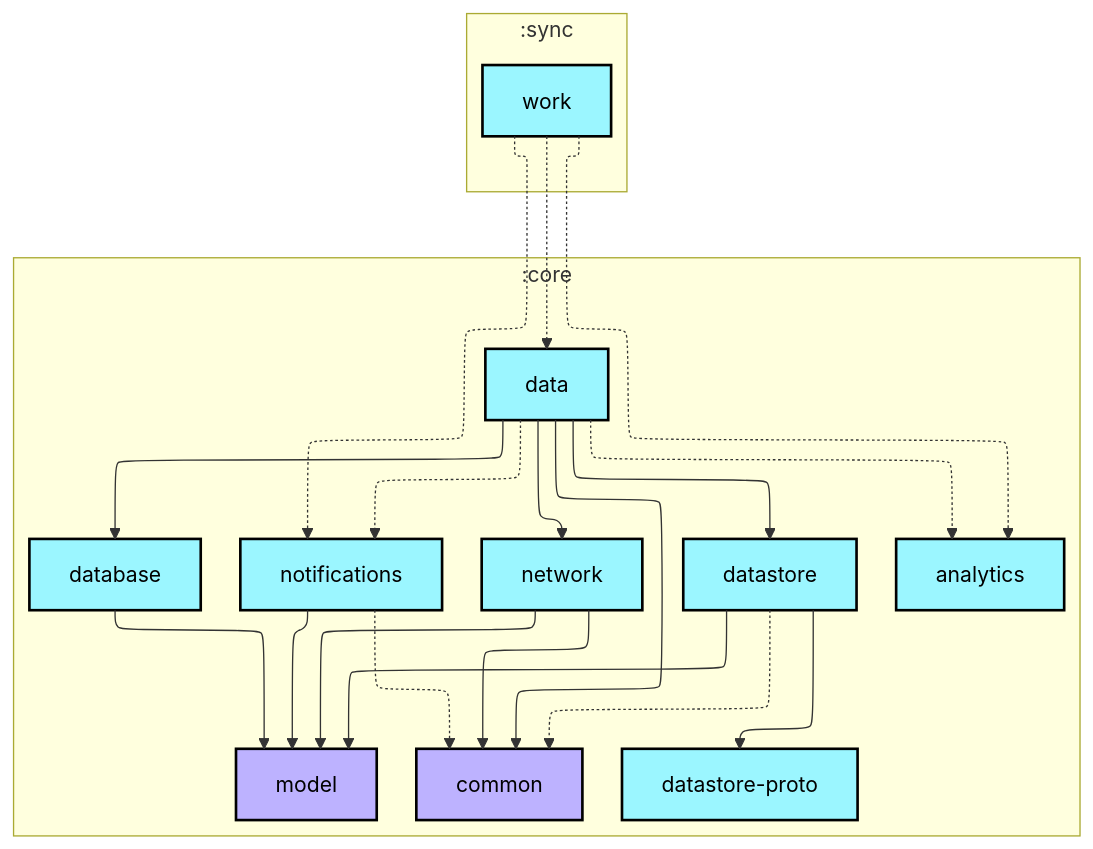
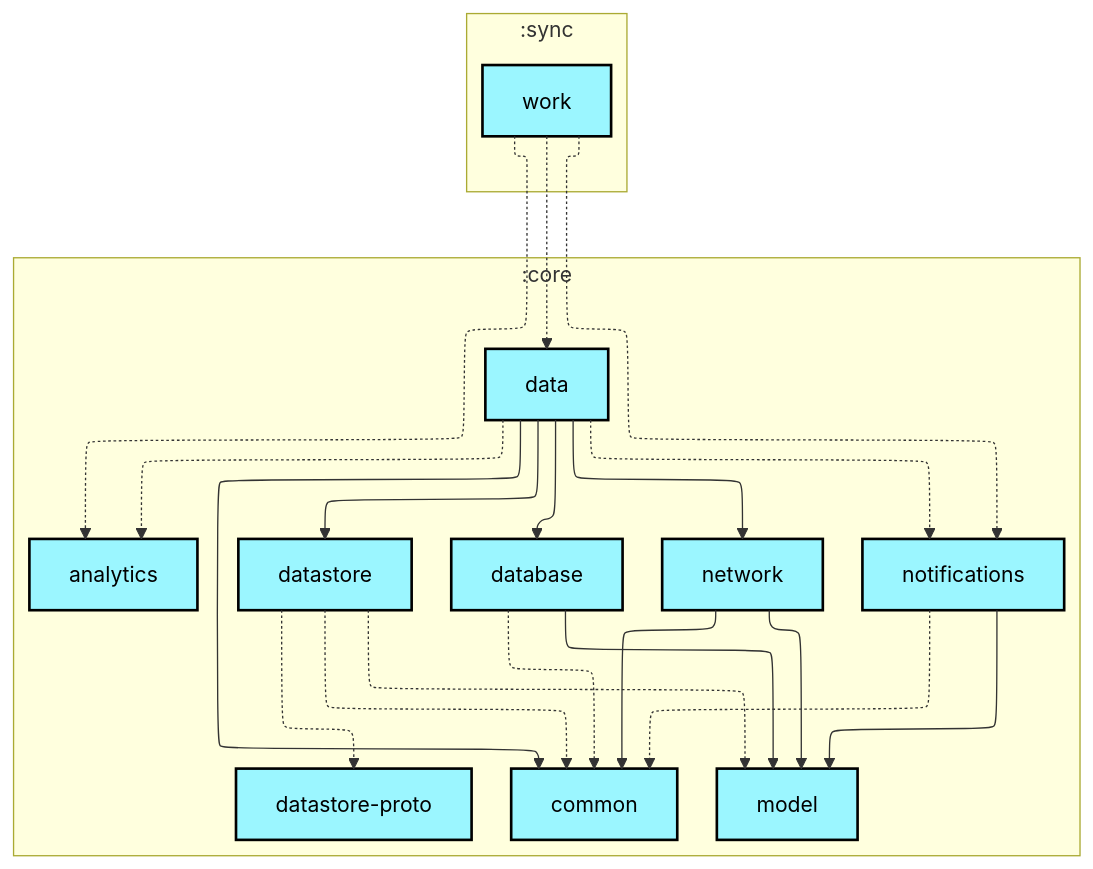
The first of 2 diagrams in sync/work/README.md (lihenggui/nowinkmp), drawn with Mermaid before and after one commit. The commit also changed other lines of this file and 29 other files, not shown here.

First line of the commit message:
Fix graphUpdate configuration cache compatibility

````diff
--- a/sync/work/README.md
+++ b/sync/work/README.md
@@ -6,50 +6,51 @@
 ```mermaid
 ---
 config:
   layout: elk
   elk:
     nodePlacementStrategy: SIMPLE
 ---
 graph TB
+  subgraph :sync
+    direction TB
+    :sync:work[work]:::kmp-library
+  end
   subgraph :core
     direction TB
-    :core:analytics[analytics]:::android-library
-    :core:common[common]:::jvm-library
-    :core:data[data]:::android-library
-    :core:database[database]:::android-library
-    :core:datastore[datastore]:::android-library
-    :core:datastore-proto[datastore-proto]:::android-library
-    :core:model[model]:::jvm-library
-    :core:network[network]:::android-library
-    :core:notifications[notifications]:::android-library
-  end
-  subgraph :sync
-    direction TB
-    :sync:work[work]:::android-library
+    :core:analytics[analytics]:::kmp-library
+    :core:common[common]:::kmp-library
+    :core:data[data]:::kmp-library
+    :core:database[database]:::kmp-library
+    :core:datastore[datastore]:::kmp-library
+    :core:datastore-proto[datastore-proto]:::kmp-library
+    :core:model[model]:::kmp-library
+    :core:network[network]:::kmp-library
+    :core:notifications[notifications]:::kmp-library
   end
 
   :core:data -.-> :core:analytics
   :core:data --> :core:common
   :core:data --> :core:database
   :core:data --> :core:datastore
   :core:data --> :core:network
   :core:data -.-> :core:notifications
+  :core:database -.-> :core:common
   :core:database --> :core:model
   :core:datastore -.-> :core:common
-  :core:datastore --> :core:datastore-proto
-  :core:datastore --> :core:model
+  :core:datastore -.-> :core:datastore-proto
+  :core:datastore -.-> :core:model
   :core:network --> :core:common
   :core:network --> :core:model
   :core:notifications -.-> :core:common
   :core:notifications --> :core:model
   :sync:work -.-> :core:analytics
   :sync:work -.-> :core:data
   :sync:work -.-> :core:notifications
 
-classDef android-application fill:#CAFFBF,stroke:#000,stroke-width:2px,color:#000;
-classDef android-feature fill:#FFD6A5,stroke:#000,stroke-width:2px,color:#000;
-classDef android-library fill:#9BF6FF,stroke:#000,stroke-width:2px,color:#000;
+classDef cmp-application fill:#CAFFBF,stroke:#000,stroke-width:2px,color:#000;
+classDef cmp-feature fill:#FFD6A5,stroke:#000,stroke-width:2px,color:#000;
+classDef kmp-library fill:#9BF6FF,stroke:#000,stroke-width:2px,color:#000;
+classDef jvm-library fill:#BDB2FF,stroke:#000,stroke-width:2px,color:#000;
 classDef android-test fill:#A0C4FF,stroke:#000,stroke-width:2px,color:#000;
-classDef jvm-library fill:#BDB2FF,stroke:#000,stroke-width:2px,color:#000;
 classDef unknown fill:#FFADAD,stroke:#000,stroke-width:2px,color:#000;
 ```
````
